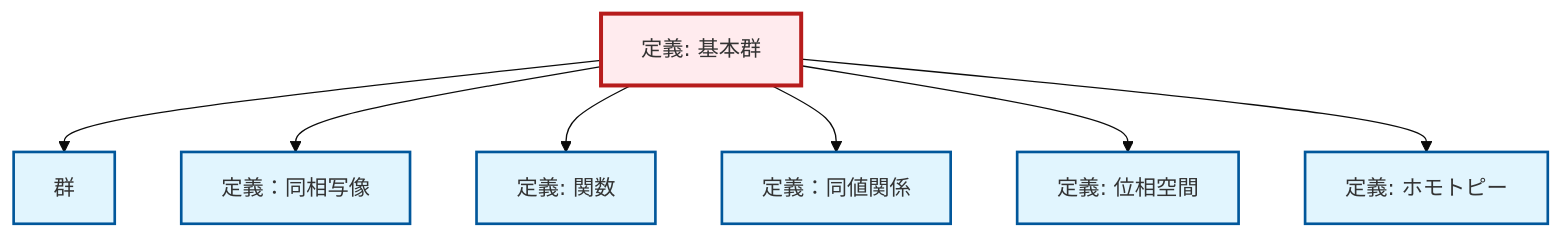
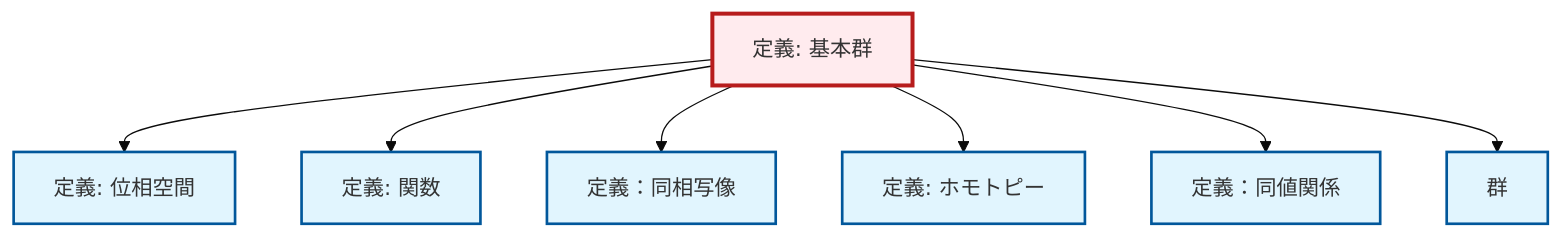
One commit to RK0429/ModernMath changed the diagram in content/ja/topology/def-fundamental-group.qmd. Above: the diagram before and after it, drawn with Mermaid (base theme). The commit also changed 672 other files, not shown here.

````diff
--- a/content/ja/topology/def-fundamental-group.qmd
+++ b/content/ja/topology/def-fundamental-group.qmd
@@ -77,29 +77,29 @@
 ```{mermaid}
-%%| fig-cap: "Local dependency graph"
+%%| fig-cap: "ローカル依存関係グラフ"
 graph TD
     classDef definition fill:#e1f5fe,stroke:#01579b,stroke-width:2px
     classDef theorem fill:#f3e5f5,stroke:#4a148c,stroke-width:2px
     classDef axiom fill:#fff3e0,stroke:#e65100,stroke-width:2px
     classDef example fill:#e8f5e9,stroke:#1b5e20,stroke-width:2px
     classDef current fill:#ffebee,stroke:#b71c1c,stroke-width:3px
+    def-topological-space["定義: 位相空間"]:::definition
+    def-homeomorphism["定義：同相写像"]:::definition
+    def-function["定義: 関数"]:::definition
+    def-equivalence-relation["定義：同値関係"]:::definition
+    def-homotopy["定義: ホモトピー"]:::definition
+    def-group["群"]:::definition
     def-fundamental-group["定義: 基本群"]:::definition
-    def-homotopy["定義: ホモトピー"]:::definition
-    def-homeomorphism["定義：同相写像"]:::definition
-    def-equivalence-relation["定義：同値関係"]:::definition
-    def-function["定義: 関数"]:::definition
-    def-topological-space["定義: 位相空間"]:::definition
-    def-group["群"]:::definition
+    def-fundamental-group --> def-topological-space
+    def-fundamental-group --> def-function
+    def-fundamental-group --> def-homeomorphism
+    def-fundamental-group --> def-homotopy
+    def-fundamental-group --> def-equivalence-relation
     def-fundamental-group --> def-group
-    def-fundamental-group --> def-homeomorphism
-    def-fundamental-group --> def-function
-    def-fundamental-group --> def-equivalence-relation
-    def-fundamental-group --> def-topological-space
-    def-fundamental-group --> def-homotopy
     class def-fundamental-group current
+    click def-topological-space "def-topological-space.html" "位相空間の定義へ"
+    click def-homeomorphism "def-homeomorphism.html" "定義：同相写像へ"
+    click def-function "def-function.html" "関数の定義へ"
+    click def-equivalence-relation "def-equivalence-relation.html" "定義：同値関係へ"
     click def-homotopy "def-homotopy.html" "ホモトピーの定義へ"
-    click def-homeomorphism "def-homeomorphism.html" "定義：同相写像へ"
-    click def-equivalence-relation "def-equivalence-relation.html" "定義：同値関係へ"
-    click def-function "def-function.html" "関数の定義へ"
-    click def-topological-space "def-topological-space.html" "位相空間の定義へ"
     click def-group "def-group.html" "群へ"
 ```
````
